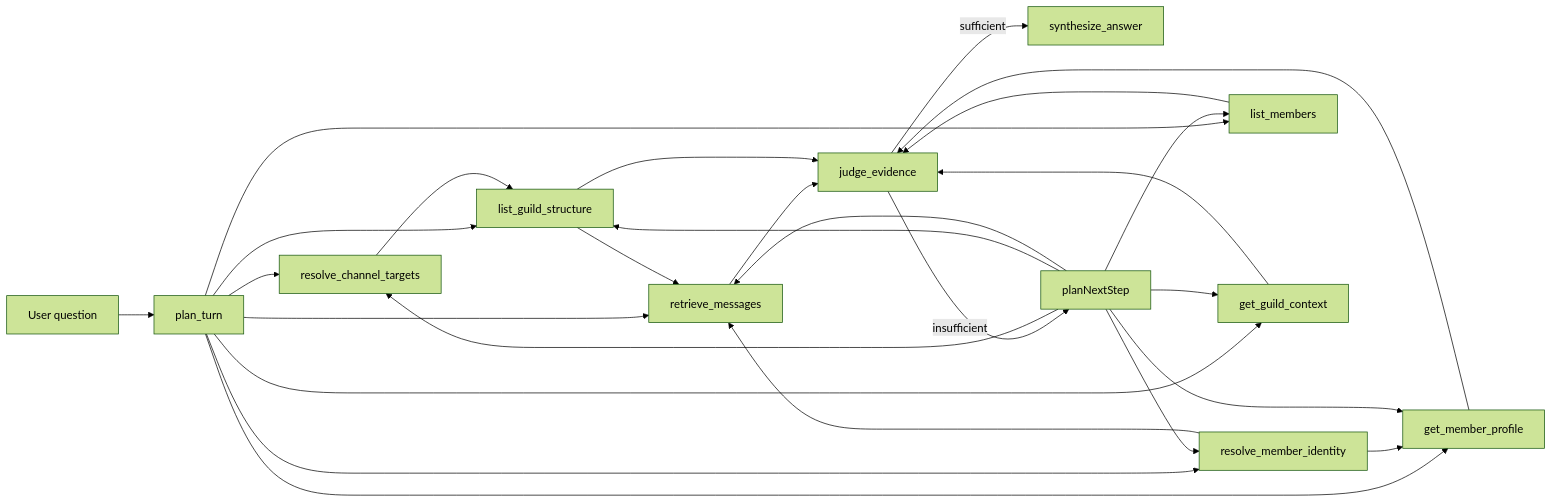
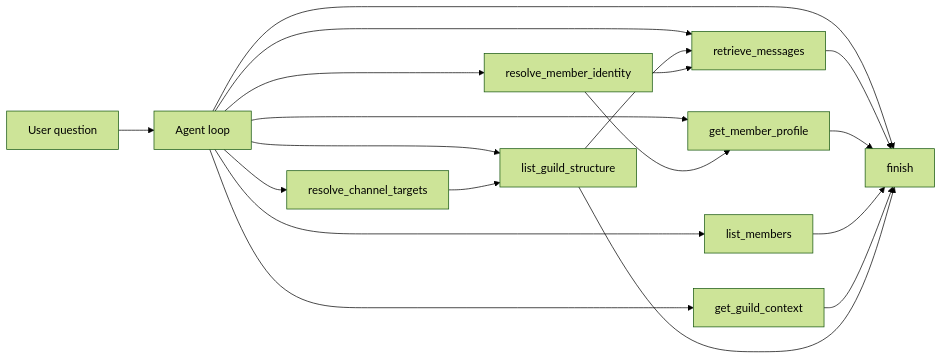
One commit to zF4ke/sophia changed the third of 6 diagrams in docs/how-sophia-works.md. Above: the diagram before and after it, drawn with Mermaid (forest theme). The commit also changed other lines of this file and 93 other files, not shown here.

First line of the commit message:
major rearchitecture: unified agent loop, forensic retrieval, debug panel, and runtime improvements

````diff
--- a/docs/how-sophia-works.md
+++ b/docs/how-sophia-works.md
@@ -209,32 +150,23 @@
 ```mermaid
 flowchart LR
-    Q[User question] --> P[plan_turn]
-    P --> C1[resolve_channel_targets]
-    P --> C2[resolve_member_identity]
-    P --> C3[list_guild_structure]
-    P --> C4[retrieve_messages]
-    P --> C5[get_member_profile]
-    P --> C6[list_members]
-    P --> C7[get_guild_context]
+    Q[User question] --> L[Agent loop]
+    L --> C1[resolve_channel_targets]
+    L --> C2[resolve_member_identity]
+    L --> C3[list_guild_structure]
+    L --> C4[retrieve_messages]
+    L --> C5[get_member_profile]
+    L --> C6[list_members]
+    L --> C7[get_guild_context]
+    L --> FN[finish]
 
     C1 --> C3
     C3 --> C4
     C2 --> C5
     C2 --> C4
 
-    C4 --> J[judge_evidence]
-    C5 --> J
-    C6 --> J
-    C7 --> J
-    C3 --> J
-
-    J -->|sufficient| S[synthesize_answer]
-    J -->|insufficient| P2[planNextStep]
-    P2 --> C1
-    P2 --> C2
-    P2 --> C3
-    P2 --> C4
-    P2 --> C5
-    P2 --> C6
-    P2 --> C7
+    C4 --> FN
+    C5 --> FN
+    C6 --> FN
+    C7 --> FN
+    C3 --> FN
 ```
````
